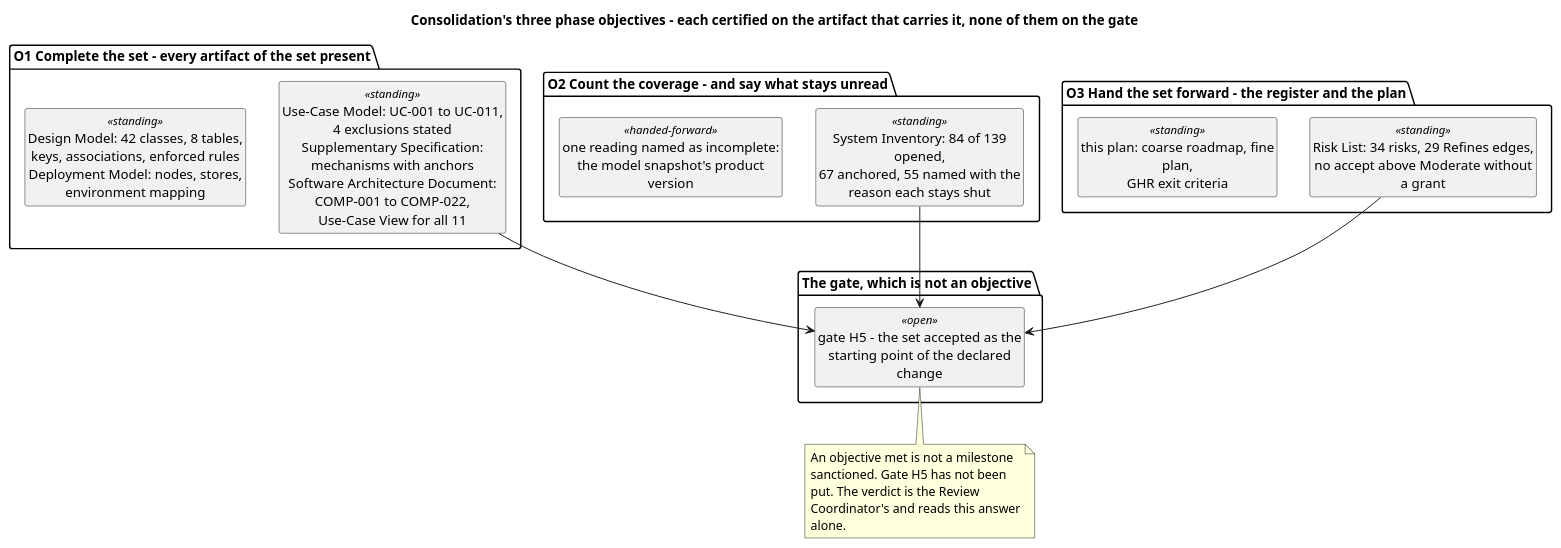
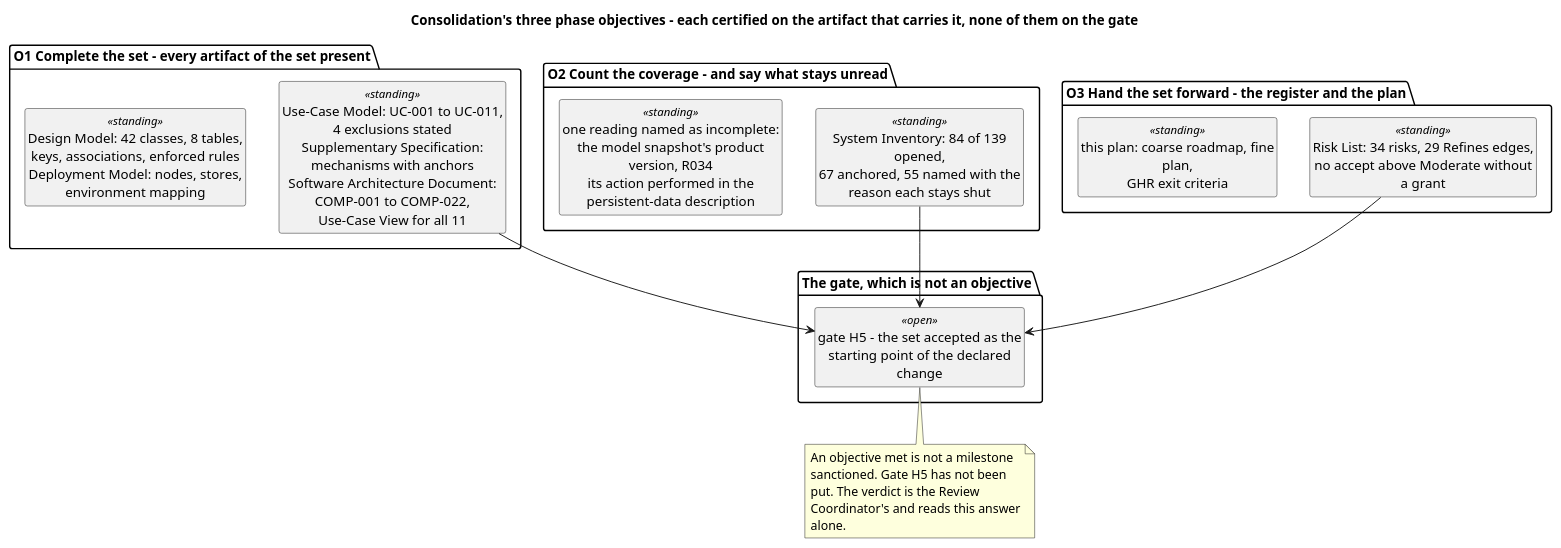
One commit to banense-test/TodoApp changed the first of 5 diagrams in docs/artifacts/project-management/iteration-plan.md. Above: the diagram before and after it, drawn with PlantUML. The commit also changed other lines of this file, not shown here.

````diff
--- a/docs/artifacts/project-management/iteration-plan.md
+++ b/docs/artifacts/project-management/iteration-plan.md
@@ -13,32 +13,32 @@
 ```plantuml
 @startuml
 title Consolidation's three phase objectives - each certified on the artifact that carries it, none of them on the gate
 skinparam shadowing false
 skinparam wrapWidth 235
 hide circle
 hide empty members
 
 package "O1 Complete the set - every artifact of the set present" {
   class "Use-Case Model: UC-001 to UC-011,\n4 exclusions stated\nSupplementary Specification: mechanisms with anchors\nSoftware Architecture Document: COMP-001 to COMP-022,\nUse-Case View for all 11" as O1 <<standing>>
   class "Design Model: 42 classes, 8 tables,\nkeys, associations, enforced rules\nDeployment Model: nodes, stores, environment mapping" as O1B <<standing>>
 }
 package "O2 Count the coverage - and say what stays unread" {
   class "System Inventory: 84 of 139 opened,\n67 anchored, 55 named with the reason each stays shut" as O2 <<standing>>
-  class "one reading named as incomplete:\nthe model snapshot's product version" as O2B <<handed-forward>>
+  class "one reading named as incomplete:\nthe model snapshot's product version, R034\nits action performed in the persistent-data description" as O2B <<standing>>
 }
 package "O3 Hand the set forward - the register and the plan" {
   class "Risk List: 34 risks, 29 Refines edges,\nno accept above Moderate without a grant" as O3 <<standing>>
   class "this plan: coarse roadmap, fine plan,\nGHR exit criteria" as O3B <<standing>>
 }
 package "The gate, which is not an objective" {
   class "gate H5 - the set accepted as the\nstarting point of the declared change" as CF <<open>>
 }
 O1 --> CF
 O2 --> CF
 O3 --> CF
 note bottom of CF
   An objective met is not a milestone sanctioned. Gate H5 has not been
   put. The verdict is the Review Coordinator's and reads this answer alone.
 end note
 @enduml
 ```
````
